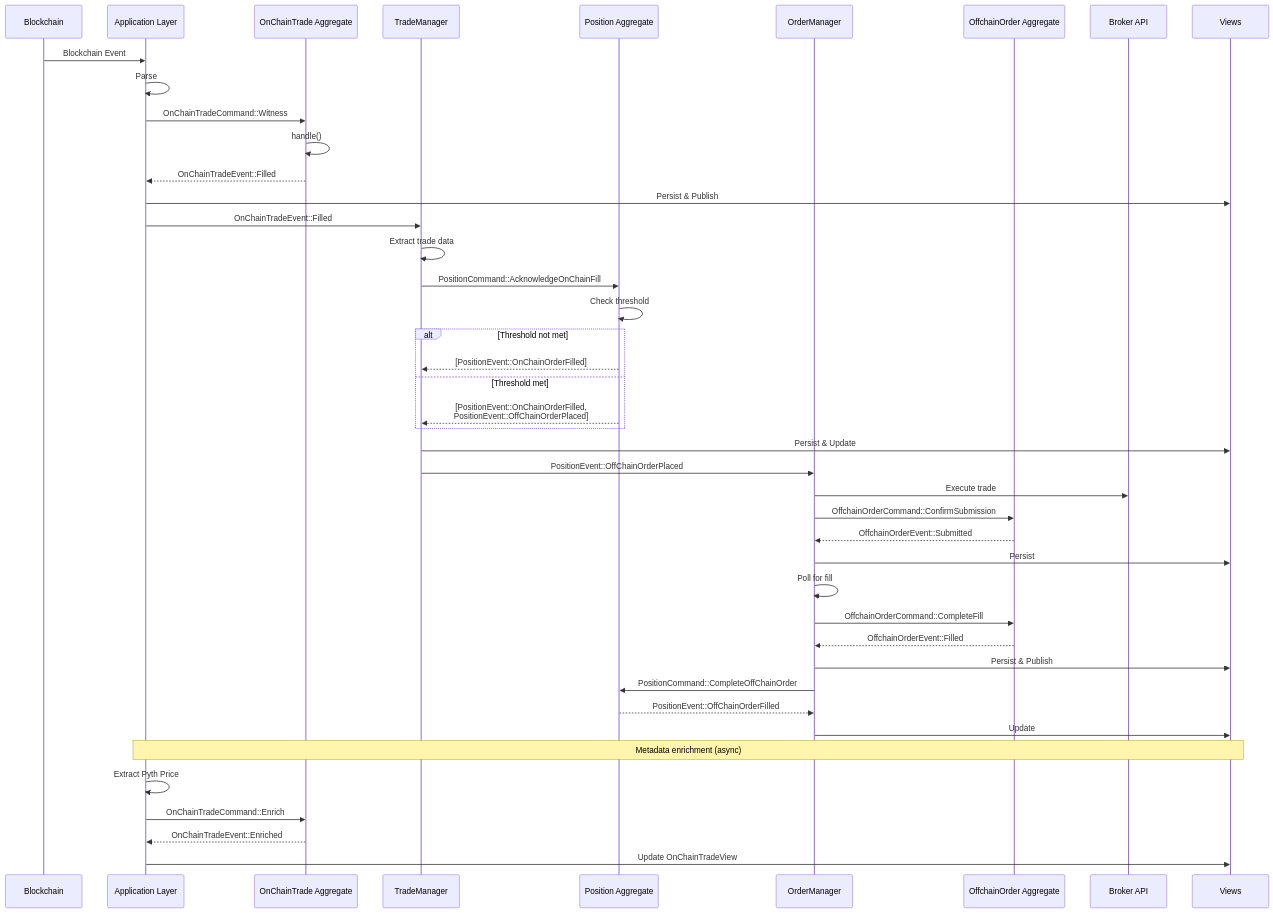
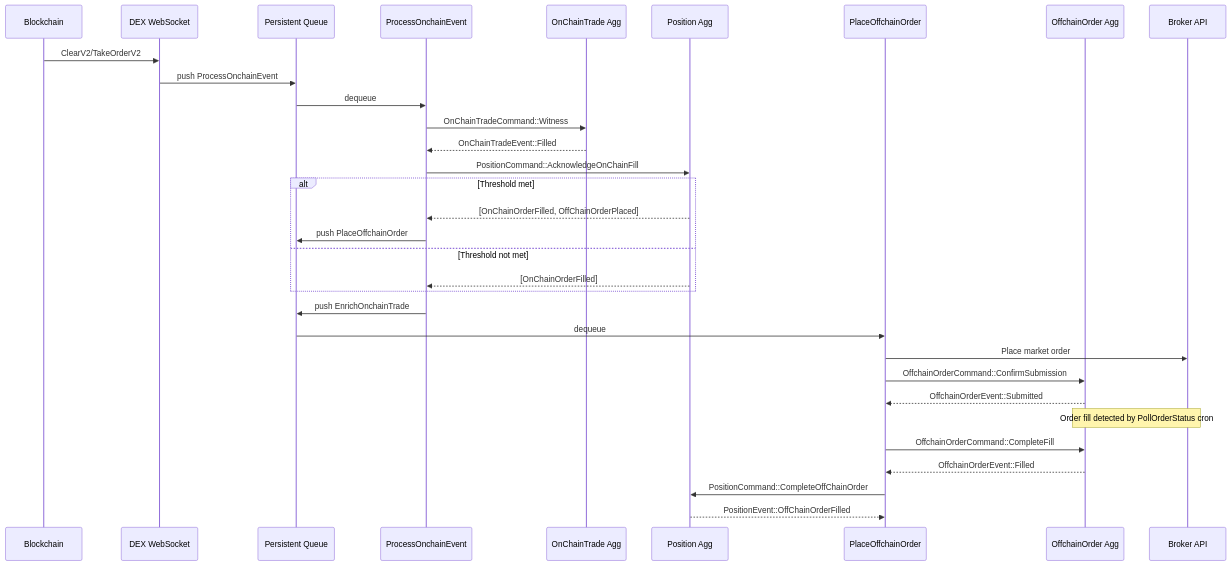
One commit to ST0x-Technology/st0x.liquidity changed the fifth of 7 diagrams in SPEC.md. Above: the diagram before and after it, drawn with Mermaid. The commit also changed other lines of this file and 1 other file, not shown here.

````diff
--- a/SPEC.md
+++ b/SPEC.md
@@ -2610,50 +2723,38 @@
 ```mermaid
 sequenceDiagram
     participant BC as Blockchain
-    participant App as Application Layer
-    participant OT as OnChainTrade Aggregate
-    participant TM as TradeManager
-    participant P as Position Aggregate
-    participant OM as OrderManager
-    participant OO as OffchainOrder Aggregate
+    participant WS as DEX WebSocket
+    participant Q as Persistent Queue
+    participant POE as ProcessOnchainEvent
+    participant OT as OnChainTrade Agg
+    participant P as Position Agg
+    participant PFO as PlaceOffchainOrder
+    participant OO as OffchainOrder Agg
     participant Broker as Broker API
-    participant Views as Views
 
-    BC->>App: Blockchain Event
-    App->>App: Parse
-    App->>OT: OnChainTradeCommand::Witness
-    OT->>OT: handle()
-    OT-->>App: OnChainTradeEvent::Filled
-    App->>Views: Persist & Publish
+    BC->>WS: ClearV2/TakeOrderV2
+    WS->>Q: push ProcessOnchainEvent
 
-    App->>TM: OnChainTradeEvent::Filled
-    TM->>TM: Extract trade data
-    TM->>P: PositionCommand::AcknowledgeOnChainFill
-    P->>P: Check threshold
-    alt Threshold not met
-        P-->>TM: [PositionEvent::OnChainOrderFilled]
-    else Threshold met
-        P-->>TM: [PositionEvent::OnChainOrderFilled,<br/>PositionEvent::OffChainOrderPlaced]
+    Q->>POE: dequeue
+    POE->>OT: OnChainTradeCommand::Witness
+    OT-->>POE: OnChainTradeEvent::Filled
+    POE->>P: PositionCommand::AcknowledgeOnChainFill
+    alt Threshold met
+        P-->>POE: [OnChainOrderFilled, OffChainOrderPlaced]
+        POE->>Q: push PlaceOffchainOrder
+    else Threshold not met
+        P-->>POE: [OnChainOrderFilled]
     end
-    TM->>Views: Persist & Update
+    POE->>Q: push EnrichOnchainTrade
 
-    TM->>OM: PositionEvent::OffChainOrderPlaced
-    OM->>Broker: Execute trade
-    OM->>OO: OffchainOrderCommand::ConfirmSubmission
-    OO-->>OM: OffchainOrderEvent::Submitted
-    OM->>Views: Persist
-    OM->>OM: Poll for fill
-    OM->>OO: OffchainOrderCommand::CompleteFill
-    OO-->>OM: OffchainOrderEvent::Filled
-    OM->>Views: Persist & Publish
+    Q->>PFO: dequeue
+    PFO->>Broker: Place market order
+    PFO->>OO: OffchainOrderCommand::ConfirmSubmission
+    OO-->>PFO: OffchainOrderEvent::Submitted
 
-    OM->>P: PositionCommand::CompleteOffChainOrder
-    P-->>OM: PositionEvent::OffChainOrderFilled
-    OM->>Views: Update
-
-    Note over App,Views: Metadata enrichment (async)
-    App->>App: Extract Pyth Price
-    App->>OT: OnChainTradeCommand::Enrich
-    OT-->>App: OnChainTradeEvent::Enriched
-    App->>Views: Update OnChainTradeView
+    Note over Broker,OO: Order fill detected by PollOrderStatus cron
+    PFO->>OO: OffchainOrderCommand::CompleteFill
+    OO-->>PFO: OffchainOrderEvent::Filled
+    PFO->>P: PositionCommand::CompleteOffChainOrder
+    P-->>PFO: PositionEvent::OffChainOrderFilled
 ```
````
